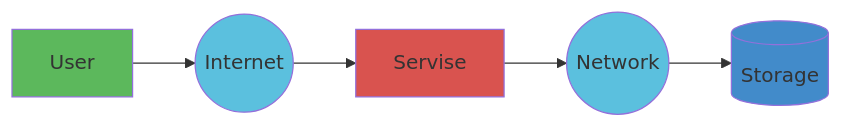
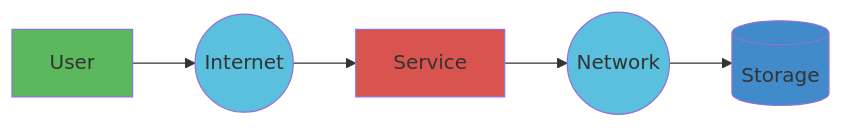
Before and after one commit to Aranaur/aranaur.rbind.io: the diagram in lectures/soft_construction/slides/2023/.01.qmd, drawn with Mermaid. The commit also changed other lines of this file and 38 other files, not shown here.

````diff
--- a/lectures/soft_construction/slides/2023/.01.qmd
+++ b/lectures/soft_construction/slides/2023/.01.qmd
@@ -554,12 +553,12 @@
 ```{mermaid}
 flowchart LR
   A[User] --> B((Internet))
-  B --> C[Servise]
+  B --> C[Service]
   C --> D((Network))
   D --> E[(Storage)]
   style A fill:#5cb85c
   style B fill:#5bc0de
   style C fill:#d9534f
   style D fill:#5bc0de
   style E fill:#428bca
 ```
````
